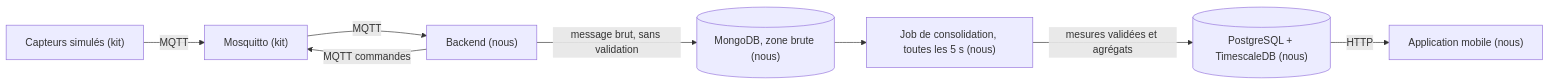
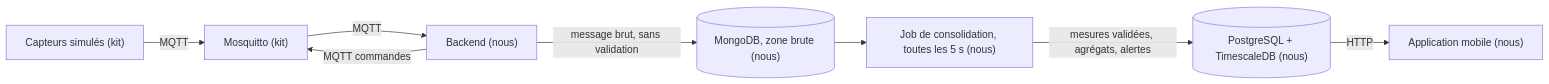
The diagram in docs/architecture.md (jeremy-prt/applications-mobiles-et-iot), drawn with Mermaid before and after one commit. The commit also changed other lines of this file and 14 other files, not shown here.

Commit message:
doc: journal de J5, recette R12 et R13, README et architecture à jour

````diff
--- a/docs/architecture.md
+++ b/docs/architecture.md
@@ -3,10 +3,10 @@
 ```mermaid
 flowchart LR
     S["Capteurs simulés (kit)"] -->|MQTT| M["Mosquitto (kit)"]
     M -->|MQTT| B["Backend (nous)"]
     B -->|message brut, sans validation| R[("MongoDB, zone brute (nous)")]
     R --> J["Job de consolidation, toutes les 5 s (nous)"]
-    J -->|mesures validées et agrégats| D[("PostgreSQL + TimescaleDB (nous)")]
+    J -->|mesures validées, agrégats, alertes| D[("PostgreSQL + TimescaleDB (nous)")]
     D -->|HTTP| A["Application mobile (nous)"]
     B -->|MQTT commandes| M
 ```
````
